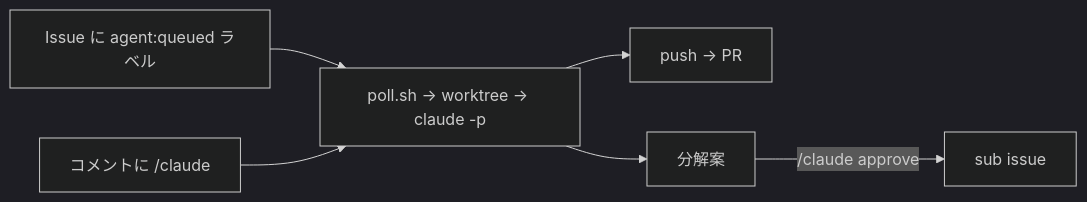
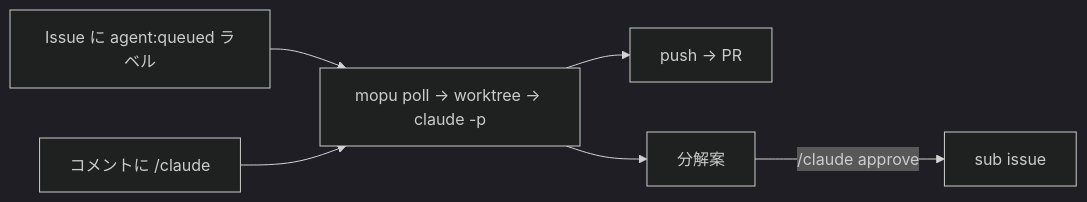
Before and after one commit to nattoujam/mopu-agent: the diagram in README.md, drawn with Mermaid (dark theme). The commit also changed other lines of this file and 52 other files, not shown here.

First line of the commit message:
Bash をやめ、poll・setup・コンソールの起動を mopu のサブコマンドで書き直す

````diff
--- a/README.md
+++ b/README.md
@@ -6,5 +6,5 @@
 ```mermaid
 flowchart LR
-  L["Issue に agent:queued ラベル"] & C["コメントに /claude"] --> P["poll.sh → worktree → claude -p"] --> PR["push → PR"] & PLAN["分解案"]
+  L["Issue に agent:queued ラベル"] & C["コメントに /claude"] --> P["mopu poll → worktree → claude -p"] --> PR["push → PR"] & PLAN["分解案"]
   PLAN -->|"/claude approve"| SUB["sub issue"]
 ```
````
